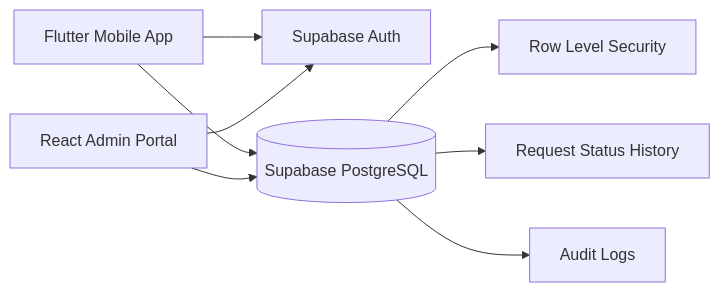
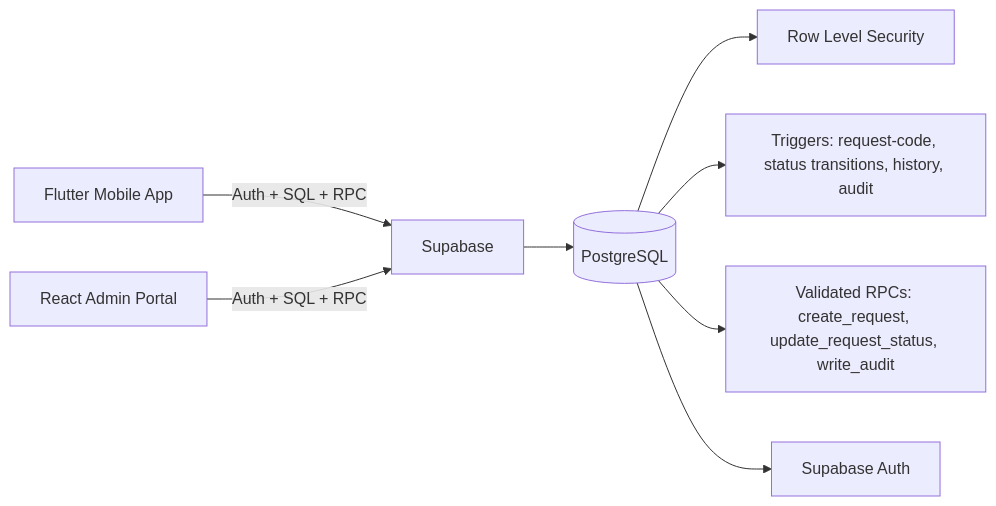
One commit to Rutuja-kale06/quickserve changed the diagram in README.md. Above: the diagram before and after it, drawn with Mermaid. The commit also changed other lines of this file and 6 other files, not shown here.

Commit message:
docs+ci: full README, ARCHITECTURE/DATABASE/SECURITY docs, Flutter CI job, admin CI runs tests

````diff
--- a/README.md
+++ b/README.md
@@ -26,10 +83,10 @@
 ```mermaid
 flowchart LR
-    C[Flutter Mobile App] --> A[Supabase Auth]
-    C --> DB[(Supabase PostgreSQL)]
-    W[React Admin Portal] --> A
-    W --> DB
+    C[Flutter Mobile App] -->|Auth + SQL + RPC| S[Supabase]
+    W[React Admin Portal] -->|Auth + SQL + RPC| S
+    S --> DB[(PostgreSQL)]
     DB --> RLS[Row Level Security]
-    DB --> H[Request Status History]
-    DB --> L[Audit Logs]
+    DB --> TRG[Triggers: request-code, status transitions, history, audit]
+    DB --> RPC[Validated RPCs: create_request, update_request_status, write_audit]
+    DB --> EXT[Supabase Auth]
 ```
````
